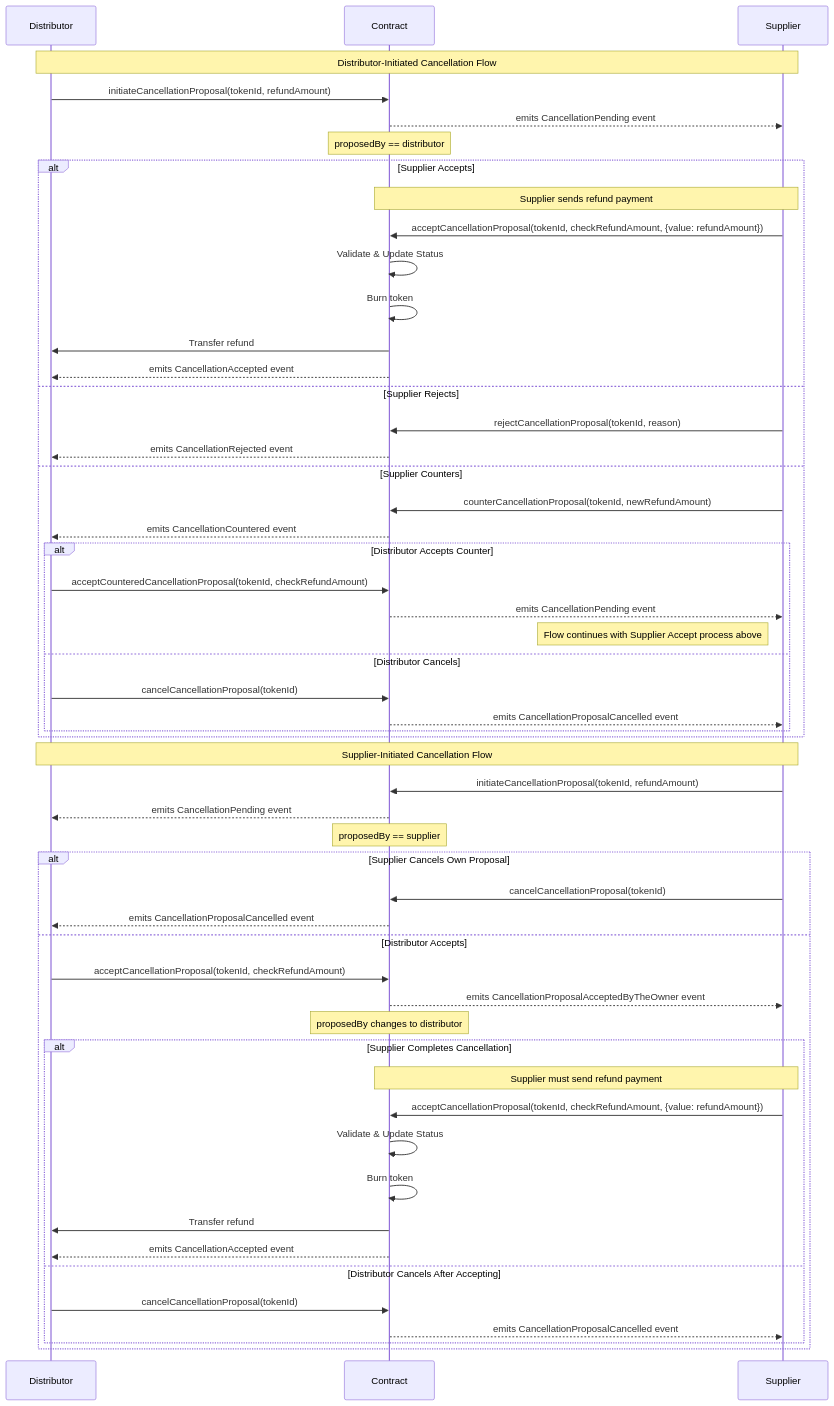
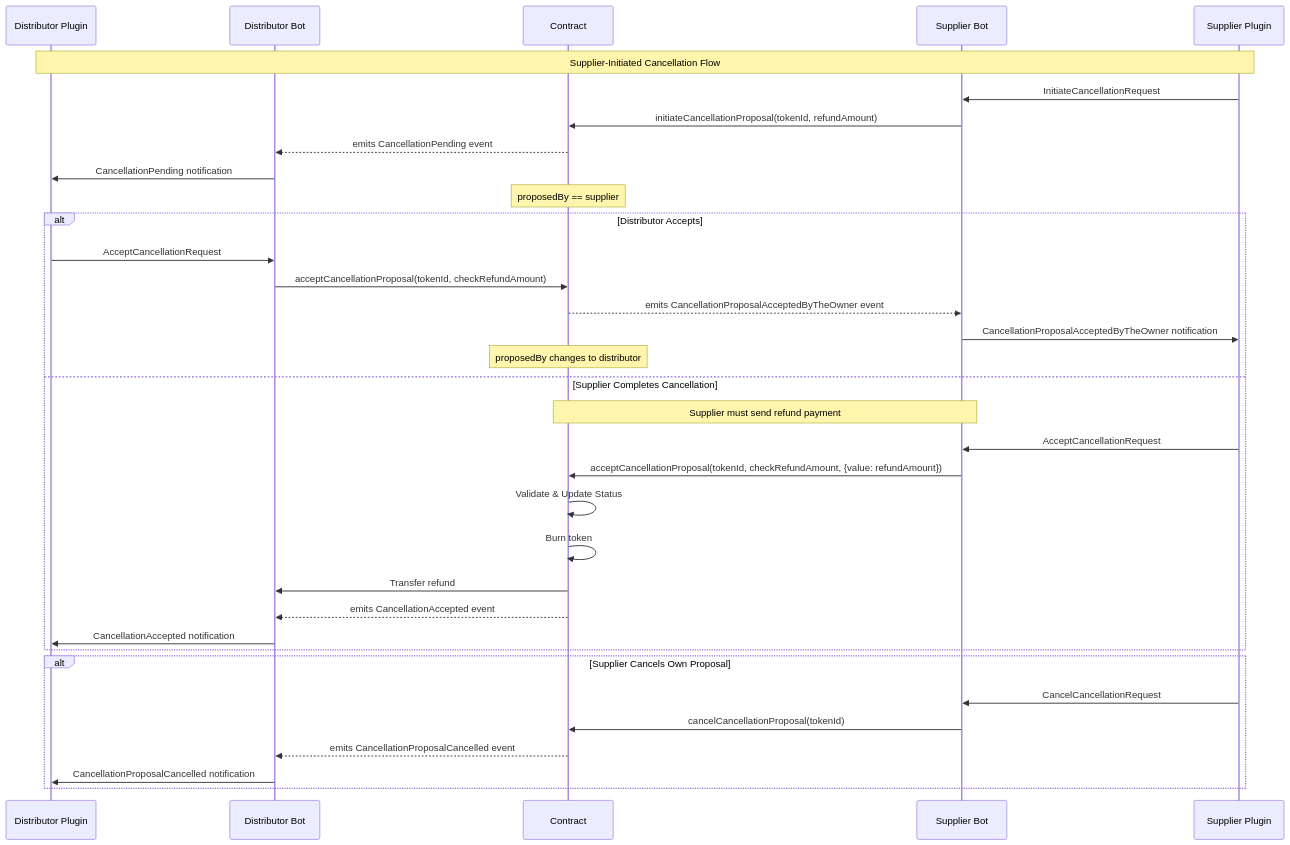
Before and after one commit to chain4travel/camino-docs: the second of 2 diagrams in docs/camino-messenger/cancellation.md, drawn with Mermaid. The commit also changed other lines of this file, not shown here.

Commit message:
splitted the mermaid and completed the explanation

````diff
--- a/docs/camino-messenger/cancellation.md
+++ b/docs/camino-messenger/cancellation.md
@@ -206,55 +200,36 @@
 ```mermaid
 sequenceDiagram
-  participant Distributor as Distributor
+  participant DistributorPlugin as Distributor Plugin
+  participant Distributor as Distributor Bot
   participant Contract as Contract
-  participant Supplier as Supplier
-  Note over Distributor, Supplier: Distributor-Initiated Cancellation Flow
-  Distributor ->> Contract: initiateCancellationProposal(tokenId, refundAmount)
-  Contract -->> Supplier: emits CancellationPending event
-  Note over Contract: proposedBy == distributor
-  alt Supplier Accepts
-    Note over Supplier, Contract: Supplier sends refund payment
-    Supplier ->> Contract: acceptCancellationProposal(tokenId, checkRefundAmount, {value: refundAmount})
-    Contract ->> Contract: Validate & Update Status
-    Contract ->> Contract: Burn token
-    Contract ->> Distributor: Transfer refund
-    Contract -->> Distributor: emits CancellationAccepted event
-  else Supplier Rejects
-    Supplier ->> Contract: rejectCancellationProposal(tokenId, reason)
-    Contract -->> Distributor: emits CancellationRejected event
-  else Supplier Counters
-    Supplier ->> Contract: counterCancellationProposal(tokenId, newRefundAmount)
-    Contract -->> Distributor: emits CancellationCountered event
-    alt Distributor Accepts Counter
-      Distributor ->> Contract: acceptCounteredCancellationProposal(tokenId, checkRefundAmount)
-      Contract -->> Supplier: emits CancellationPending event
-      Note left of Supplier: Flow continues with Supplier Accept process above
-    else Distributor Cancels
-      Distributor ->> Contract: cancelCancellationProposal(tokenId)
-      Contract -->> Supplier: emits CancellationProposalCancelled event
-    end
-  end
-  Note over Distributor, Supplier: Supplier-Initiated Cancellation Flow
+  participant Supplier as Supplier Bot
+  participant SupplierPlugin as Supplier Plugin
+  Note over DistributorPlugin, SupplierPlugin: Supplier-Initiated Cancellation Flow
+  SupplierPlugin ->> Supplier: InitiateCancellationRequest
   Supplier ->> Contract: initiateCancellationProposal(tokenId, refundAmount)
   Contract -->> Distributor: emits CancellationPending event
+  Distributor ->> DistributorPlugin: CancellationPending notification
   Note over Contract: proposedBy == supplier
-  alt Supplier Cancels Own Proposal
-    Supplier ->> Contract: cancelCancellationProposal(tokenId)
-    Contract -->> Distributor: emits CancellationProposalCancelled event
-  else Distributor Accepts
+  alt Distributor Accepts
+    DistributorPlugin ->> Distributor: AcceptCancellationRequest
     Distributor ->> Contract: acceptCancellationProposal(tokenId, checkRefundAmount)
     Contract -->> Supplier: emits CancellationProposalAcceptedByTheOwner event
+    Supplier ->> SupplierPlugin: CancellationProposalAcceptedByTheOwner notification
     Note over Contract: proposedBy changes to distributor
-    alt Supplier Completes Cancellation
+    else Supplier Completes Cancellation
       Note over Supplier, Contract: Supplier must send refund payment
+      SupplierPlugin ->> Supplier: AcceptCancellationRequest
       Supplier ->> Contract: acceptCancellationProposal(tokenId, checkRefundAmount, {value: refundAmount})
       Contract ->> Contract: Validate & Update Status
       Contract ->> Contract: Burn token
       Contract ->> Distributor: Transfer refund
       Contract -->> Distributor: emits CancellationAccepted event
-    else Distributor Cancels After Accepting
-      Distributor ->> Contract: cancelCancellationProposal(tokenId)
-      Contract -->> Supplier: emits CancellationProposalCancelled event
+      Distributor ->> DistributorPlugin: CancellationAccepted notification
     end
+      alt Supplier Cancels Own Proposal
+    SupplierPlugin ->> Supplier: CancelCancellationRequest
+    Supplier ->> Contract: cancelCancellationProposal(tokenId)
+    Contract -->> Distributor: emits CancellationProposalCancelled event
+    Distributor ->> DistributorPlugin: CancellationProposalCancelled notification
   end
 ```
````
